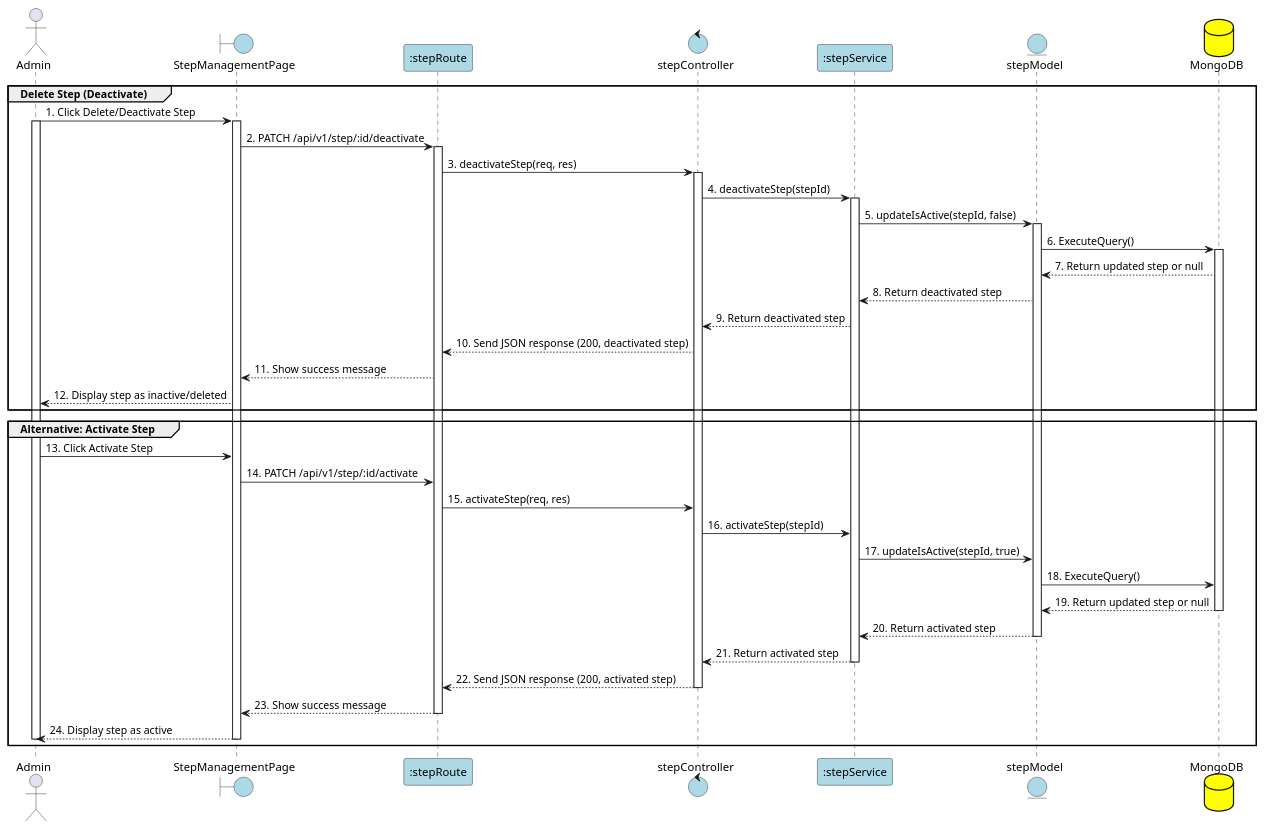
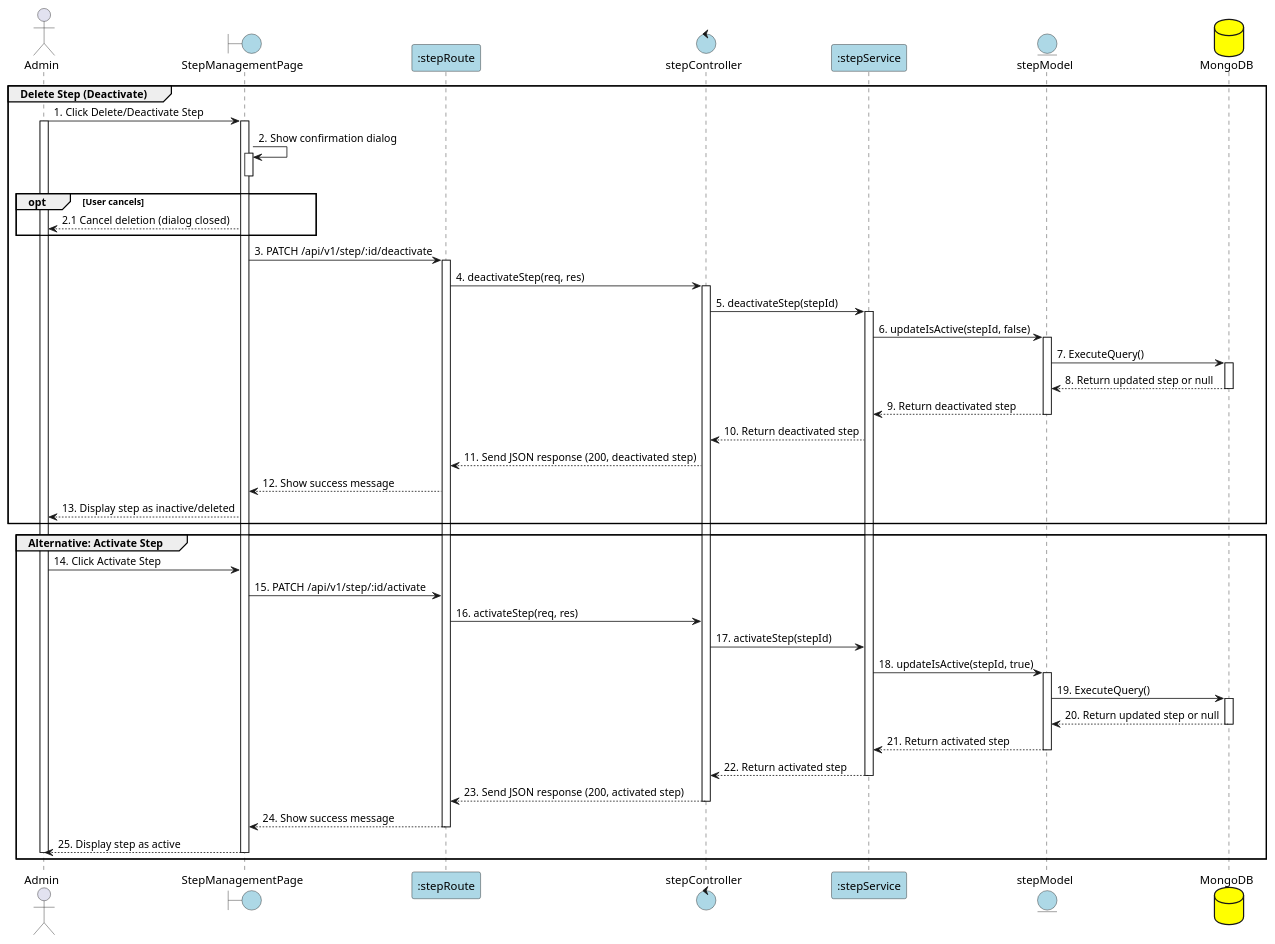
One commit to Aohkne/CaloCook changed the diagram in PlanUML/32_DeleteStep.puml. Above: the diagram before and after it, drawn with PlantUML. The commit also changed 18 other files, not shown here.

```diff
--- a/PlanUML/32_DeleteStep.puml
+++ b/PlanUML/32_DeleteStep.puml
@@ -1,78 +1,89 @@
 @startuml DeleteStep
 
 actor "Admin" as Admin
 boundary "StepManagementPage" as View #lightblue
 participant ":stepRoute" as Route #lightblue
 control "stepController" as Controller #lightblue
 participant ":stepService" as Service #lightblue
 entity "stepModel" as Model #lightblue
 database "MongoDB" as MongoDB #yellow
 
 group Delete Step (Deactivate)
 Admin -> View: 1. Click Delete/Deactivate Step
 activate Admin
 activate View
 
-View -> Route: 2. PATCH /api/v1/step/:id/deactivate
+View -> View: 2. Show confirmation dialog
+activate View
+deactivate View
+
+opt User cancels
+    View --> Admin: 2.1 Cancel deletion (dialog closed)
+end
+
+View -> Route: 3. PATCH /api/v1/step/:id/deactivate
 activate Route
 
-Route -> Controller: 3. deactivateStep(req, res)
+Route -> Controller: 4. deactivateStep(req, res)
 activate Controller
 
-Controller -> Service: 4. deactivateStep(stepId)
+Controller -> Service: 5. deactivateStep(stepId)
 activate Service
 
-Service -> Model: 5. updateIsActive(stepId, false)
+Service -> Model: 6. updateIsActive(stepId, false)
 activate Model
 
-Model -> MongoDB: 6. ExecuteQuery()
+Model -> MongoDB: 7. ExecuteQuery()
 activate MongoDB
 
-MongoDB --> Model: 7. Return updated step or null
+MongoDB --> Model: 8. Return updated step or null
+deactivate MongoDB
+Model --> Service: 9. Return deactivated step
+deactivate Model
 
-Model --> Service: 8. Return deactivated step
+Service --> Controller: 10. Return deactivated step
 
-Service --> Controller: 9. Return deactivated step
+Controller --> Route: 11. Send JSON response (200, deactivated step)
 
-Controller --> Route: 10. Send JSON response (200, deactivated step)
+Route --> View: 12. Show success message
 
-Route --> View: 11. Show success message
-
-View --> Admin: 12. Display step as inactive/deleted
+View --> Admin: 13. Display step as inactive/deleted
 
 end
 
 group Alternative: Activate Step
-Admin -> View: 13. Click Activate Step
+Admin -> View: 14. Click Activate Step
 
-View -> Route: 14. PATCH /api/v1/step/:id/activate
+View -> Route: 15. PATCH /api/v1/step/:id/activate
 
-Route -> Controller: 15. activateStep(req, res)
+Route -> Controller: 16. activateStep(req, res)
 
-Controller -> Service: 16. activateStep(stepId)
+Controller -> Service: 17. activateStep(stepId)
 
-Service -> Model: 17. updateIsActive(stepId, true)
+Service -> Model: 18. updateIsActive(stepId, true)
+activate Model
 
-Model -> MongoDB: 18. ExecuteQuery()
+Model -> MongoDB: 19. ExecuteQuery()
+activate MongoDB
 
-MongoDB --> Model: 19. Return updated step or null
+MongoDB --> Model: 20. Return updated step or null
 deactivate MongoDB
 
-Model --> Service: 20. Return activated step
+Model --> Service: 21. Return activated step
 deactivate Model
 
-Service --> Controller: 21. Return activated step
+Service --> Controller: 22. Return activated step
 deactivate Service
 
-Controller --> Route: 22. Send JSON response (200, activated step)
+Controller --> Route: 23. Send JSON response (200, activated step)
 deactivate Controller
 
-Route --> View: 23. Show success message
+Route --> View: 24. Show success message
 deactivate Route
 
-View --> Admin: 24. Display step as active
+View --> Admin: 25. Display step as active
 deactivate View
 deactivate Admin
 end
 
 @enduml
```
